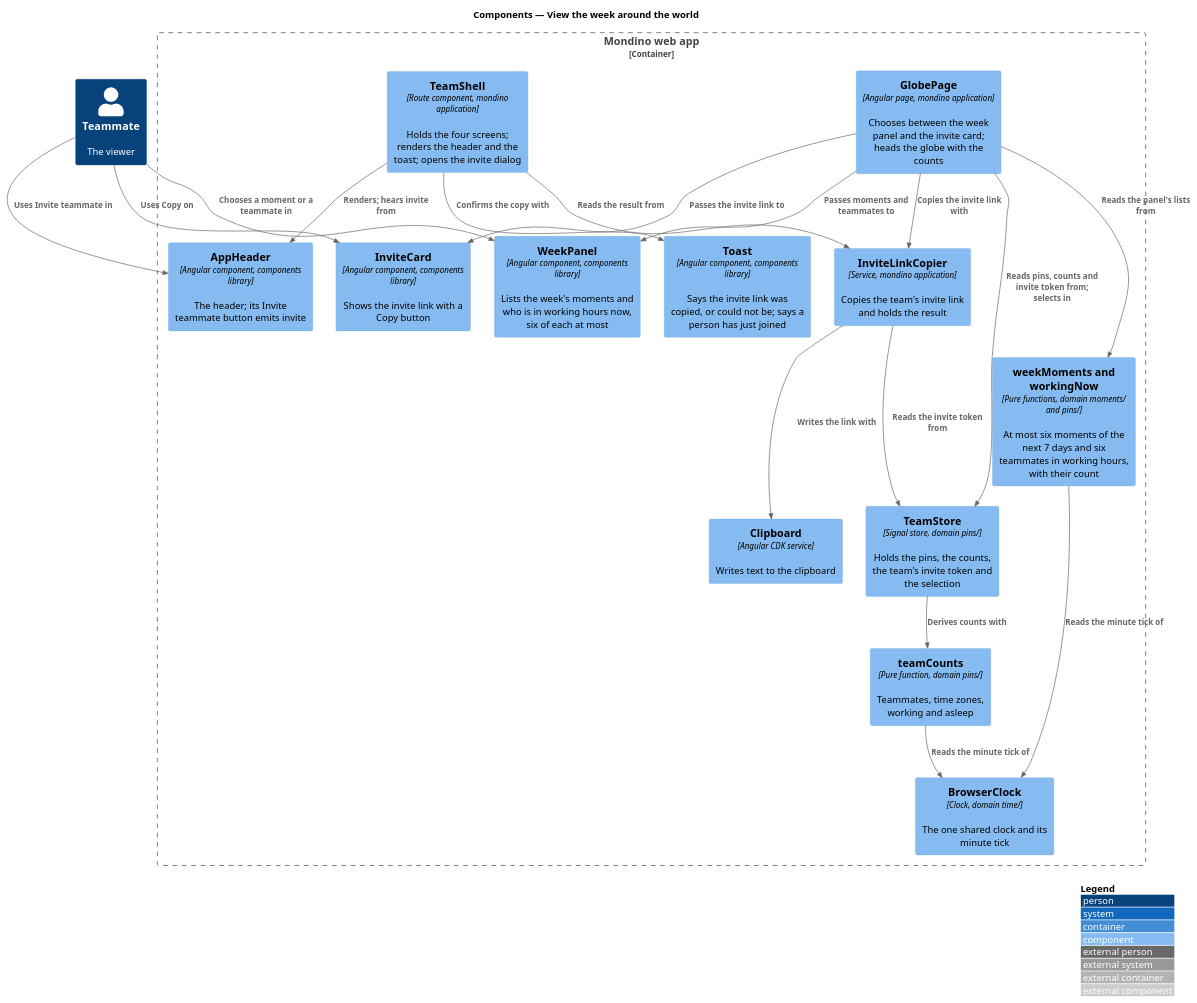
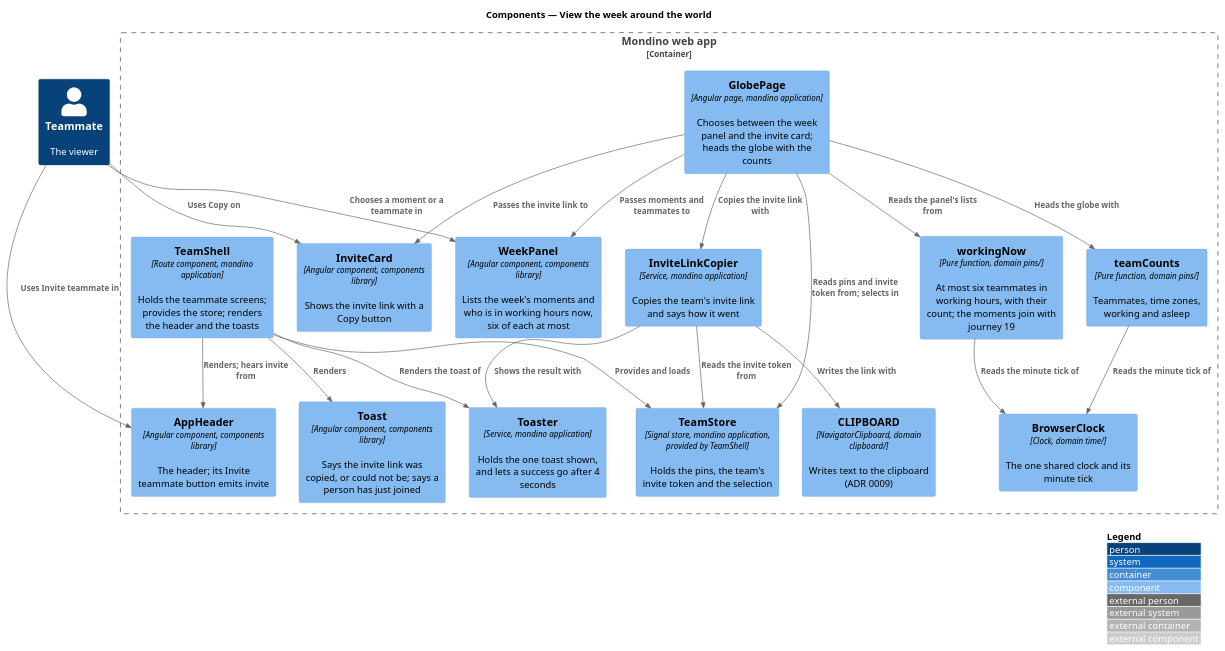
Before and after one commit to QuinntyneBrown/Mondino: the diagram in docs/detailed-designs/team/view-week-around-the-world/diagrams/c4-component.puml, drawn with PlantUML. The commit also changed 31 other files, not shown here.

```diff
--- a/docs/detailed-designs/team/view-week-around-the-world/diagrams/c4-component.puml
+++ b/docs/detailed-designs/team/view-week-around-the-world/diagrams/c4-component.puml
@@ -1,37 +1,40 @@
 @startuml
 !include <C4/C4_Component>
 LAYOUT_WITH_LEGEND()
 title Components — View the week around the world
 
 Person(teammate, "Teammate", "The viewer")
 Container_Boundary(web, "Mondino web app") {
   Component(page, "GlobePage", "Angular page, mondino application", "Chooses between the week panel and the invite card; heads the globe with the counts")
-  Component(store, "TeamStore", "Signal store, domain pins/", "Holds the pins, the counts, the team's invite token and the selection")
-  Component(week, "weekMoments and workingNow", "Pure functions, domain moments/ and pins/", "At most six moments of the next 7 days and six teammates in working hours, with their count")
+  Component(store, "TeamStore", "Signal store, mondino application, provided by TeamShell", "Holds the pins, the team's invite token and the selection")
+  Component(week, "workingNow", "Pure function, domain pins/", "At most six teammates in working hours, with their count; the moments join with journey 19")
   Component(counts, "teamCounts", "Pure function, domain pins/", "Teammates, time zones, working and asleep")
   Component(clock, "BrowserClock", "Clock, domain time/", "The one shared clock and its minute tick")
   Component(panel, "WeekPanel", "Angular component, components library", "Lists the week's moments and who is in working hours now, six of each at most")
   Component(card, "InviteCard", "Angular component, components library", "Shows the invite link with a Copy button")
-  Component(shell, "TeamShell", "Route component, mondino application", "Holds the four screens; renders the header and the toast; opens the invite dialog")
+  Component(shell, "TeamShell", "Route component, mondino application", "Holds the teammate screens; provides the store; renders the header and the toasts")
   Component(header, "AppHeader", "Angular component, components library", "The header; its Invite teammate button emits invite")
-  Component(copier, "InviteLinkCopier", "Service, mondino application", "Copies the team's invite link and holds the result")
+  Component(copier, "InviteLinkCopier", "Service, mondino application", "Copies the team's invite link and says how it went")
+  Component(toaster, "Toaster", "Service, mondino application", "Holds the one toast shown, and lets a success go after 4 seconds")
   Component(toast, "Toast", "Angular component, components library", "Says the invite link was copied, or could not be; says a person has just joined")
-  Component(clip, "Clipboard", "Angular CDK service", "Writes text to the clipboard")
+  Component(clip, "CLIPBOARD", "NavigatorClipboard, domain clipboard/", "Writes text to the clipboard (ADR 0009)")
 }
 Rel(teammate, panel, "Chooses a moment or a teammate in")
 Rel(teammate, card, "Uses Copy on")
-Rel(page, store, "Reads pins, counts and invite token from; selects in")
+Rel(page, store, "Reads pins and invite token from; selects in")
+Rel(page, counts, "Heads the globe with")
+Rel(shell, store, "Provides and loads")
 Rel(page, week, "Reads the panel's lists from")
-Rel(store, counts, "Derives counts with")
 Rel(week, clock, "Reads the minute tick of")
 Rel(counts, clock, "Reads the minute tick of")
 Rel(page, panel, "Passes moments and teammates to")
 Rel(page, card, "Passes the invite link to")
 Rel(teammate, header, "Uses Invite teammate in")
 Rel(shell, header, "Renders; hears invite from")
 Rel(page, copier, "Copies the invite link with")
-Rel(shell, copier, "Reads the result from")
+Rel(copier, toaster, "Shows the result with")
+Rel(shell, toaster, "Renders the toast of")
 Rel(copier, store, "Reads the invite token from")
 Rel(copier, clip, "Writes the link with")
-Rel(shell, toast, "Confirms the copy with")
+Rel(shell, toast, "Renders")
 @enduml
```
